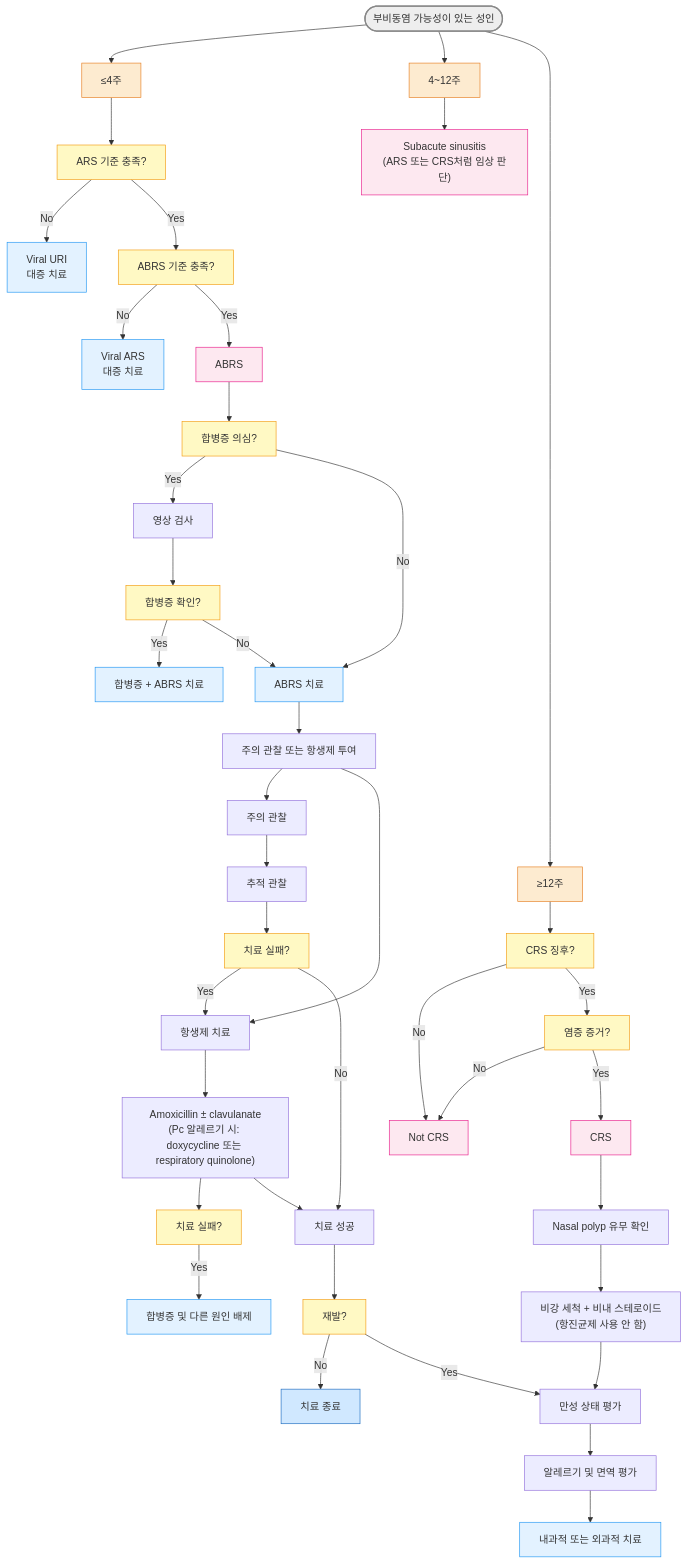
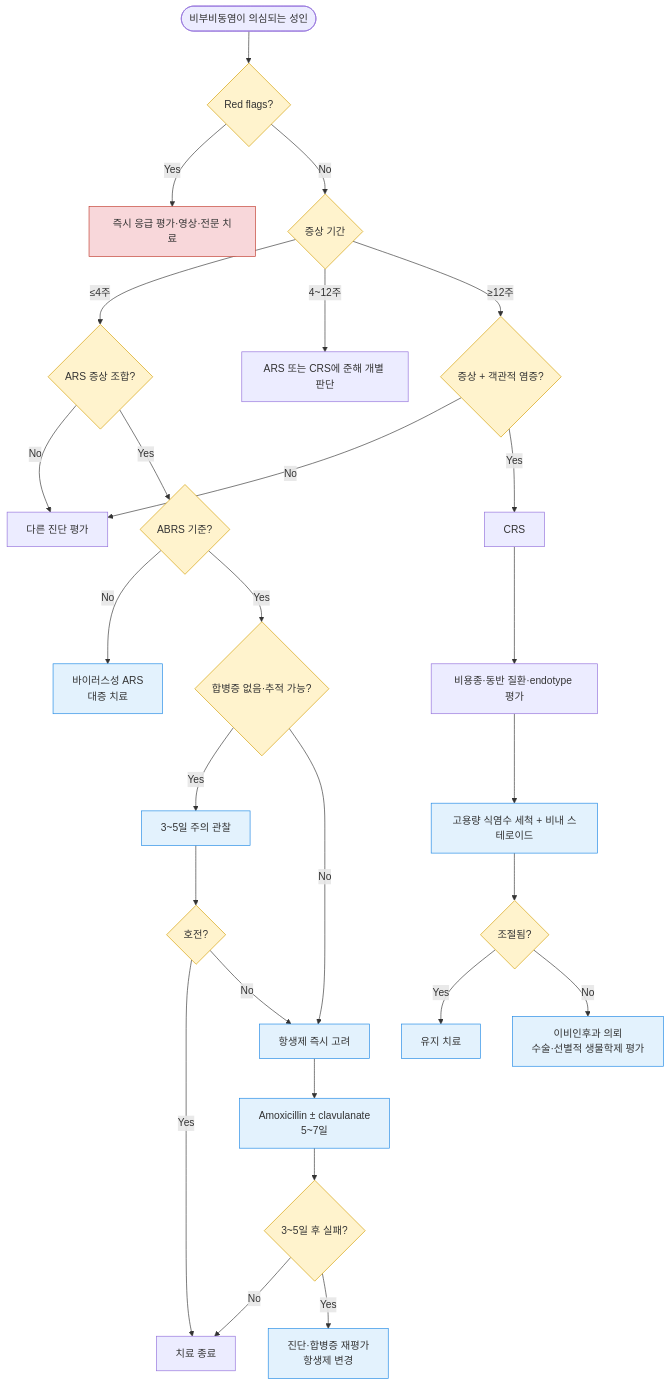
The diagram in 222_/053_-rhinosinusitis-sinusitis.md (familyoh77/familyoh77), drawn with Mermaid before and after one commit. The commit also changed other lines of this file, not shown here.

````diff
--- a/222_/053_-rhinosinusitis-sinusitis.md
+++ b/222_/053_-rhinosinusitis-sinusitis.md
@@ -391,70 +407,38 @@
 ```mermaid
 graph TD
-    Start([부비동염 가능성이 있는 성인])
+    Start([비부비동염이 의심되는 성인]) --> Red{Red flags?}
+    Red -- Yes --> ER[즉시 응급 평가·영상·전문 치료]
+    Red -- No --> Duration{증상 기간}
 
-    Start --> LT4["≤4주"]
-    Start --> B4to12["4~12주"]
-    Start --> GT12["≥12주"]
+    Duration -- "≤4주" --> ARS{ARS 증상 조합?}
+    ARS -- No --> Alt[다른 진단 평가]
+    ARS -- Yes --> ABRS{ABRS 기준?}
+    ABRS -- No --> Viral[바이러스성 ARS<br/>대증 치료]
+    ABRS -- Yes --> Risk{합병증 없음·추적 가능?}
+    Risk -- Yes --> Watch[3~5일 주의 관찰]
+    Risk -- No --> Antibiotic[항생제 즉시 고려]
+    Watch --> Improve{호전?}
+    Improve -- Yes --> End[치료 종료]
+    Improve -- No --> Antibiotic
+    Antibiotic --> First["Amoxicillin ± clavulanate<br/>5~7일"]
+    First --> Fail{3~5일 후 실패?}
+    Fail -- No --> End
+    Fail -- Yes --> Reassess[진단·합병증 재평가<br/>항생제 변경]
 
-    LT4 --> ARS_C[ARS 기준 충족?]
-    ARS_C -- No --> Viral_URI[Viral URI<br/>대증 치료]
-    ARS_C -- Yes --> ABRS_C[ABRS 기준 충족?]
+    Duration -- "4~12주" --> Subacute[ARS 또는 CRS에 준해 개별 판단]
+    Duration -- "≥12주" --> CRScheck{증상 + 객관적 염증?}
+    CRScheck -- No --> Alt
+    CRScheck -- Yes --> CRS[CRS]
+    CRS --> Phenotype[비용종·동반 질환·endotype 평가]
+    Phenotype --> Basic[고용량 식염수 세척 + 비내 스테로이드]
+    Basic --> Control{조절됨?}
+    Control -- Yes --> Maintain[유지 치료]
+    Control -- No --> Refer[이비인후과 의뢰<br/>수술·선별적 생물학제 평가]
 
-    ABRS_C -- No --> Viral_ARS[Viral ARS<br/>대증 치료]
-    ABRS_C -- Yes --> ABRS[ABRS]
-
-    ABRS --> Comp_1[합병증 의심?]
-    Comp_1 -- Yes --> Imaging[영상 검사]
-    Comp_1 -- No --> ABRS_Tx[ABRS 치료]
-
-    Imaging --> Comp_2[합병증 확인?]
-    Comp_2 -- Yes --> Comp_Tx[합병증 + ABRS 치료]
-    Comp_2 -- No --> ABRS_Tx
-
-    ABRS_Tx --> Watch_Abx[주의 관찰 또는 항생제 투여]
-    Watch_Abx --> Watch[주의 관찰]
-    Watch_Abx --> Abx[항생제 치료]
-
-    Watch --> Follow[추적 관찰]
-    Follow --> Fail_1[치료 실패?]
-    Fail_1 -- Yes --> Abx
-    Fail_1 -- No --> Success
-
-    Abx --> Amox["Amoxicillin ± clavulanate<br/>(Pc 알레르기 시: doxycycline 또는 respiratory quinolone)"]
-    Amox --> Fail_2[치료 실패?]
-    Amox --> Success[치료 성공]
-
-    Success --> Recur[재발?]
-    Recur -- No --> End[치료 종료]
-    Recur -- Yes --> Eval_C
-
-    Fail_2 -- Yes --> Other_Rule[합병증 및 다른 원인 배제]
-
-    B4to12 --> Subacute["Subacute sinusitis<br/>(ARS 또는 CRS처럼 임상 판단)"]
-
-    GT12 --> CRS_S[CRS 징후?]
-    CRS_S -- No --> Not_CRS[Not CRS]
-    CRS_S -- Yes --> Inflam_E[염증 증거?]
-
-    Inflam_E -- No --> Not_CRS
-    Inflam_E -- Yes --> CRS[CRS]
-
-    CRS --> Polyp[Nasal polyp 유무 확인]
-    Polyp --> Saline["비강 세척 + 비내 스테로이드<br/>(항진균제 사용 안 함)"]
-    Saline --> Eval_C[만성 상태 평가]
-
-    Eval_C --> Eval_IM[알레르기 및 면역 평가]
-    Eval_IM --> Final_Tx[내과적 또는 외과적 치료]
-
-    style Start fill:#eeeeee,stroke:#888888,stroke-width:2px
-    classDef orange fill:#fdebd0,stroke:#e67e22
-    class LT4,B4to12,GT12 orange
-    classDef yellow fill:#fff9c4,stroke:#f39c12
-    class ARS_C,ABRS_C,Comp_1,Comp_2,Fail_1,Fail_2,Recur,CRS_S,Inflam_E yellow
-    classDef pink fill:#fde8f0,stroke:#e91e8c
-    class ABRS,CRS,Not_CRS,Subacute pink
-    classDef sky fill:#e3f2ff,stroke:#2196f3
-    class Viral_ARS,ABRS_Tx,Comp_Tx,Viral_URI,Final_Tx,Other_Rule sky
-    style End fill:#d0e8ff,stroke:#1a6abf
-    
+    classDef danger fill:#f8d7da,stroke:#c0392b
+    class ER danger
+    classDef decision fill:#fff3cd,stroke:#d39e00
+    class Red,Duration,ARS,ABRS,Risk,Improve,Fail,CRScheck,Control decision
+    classDef treatment fill:#e3f2fd,stroke:#1e88e5
+    class Viral,Watch,Antibiotic,First,Reassess,Basic,Maintain,Refer treatment
 ```
````
